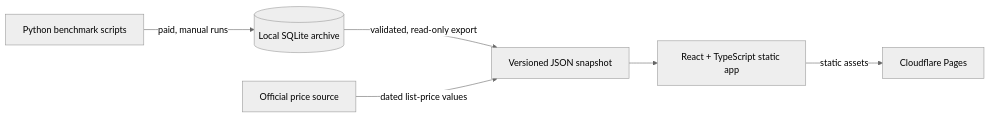
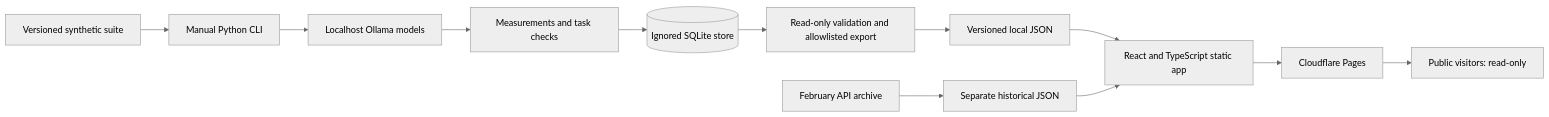
The diagram in README.md (QinnniQ/infernomics), drawn with Mermaid (neutral theme) before and after one commit. The commit also changed other lines of this file and 9 other files, not shown here.

````diff
--- a/README.md
+++ b/README.md
@@ -26,8 +29,14 @@
 ```mermaid
 flowchart LR
-  P[Python benchmark scripts] -->|paid, manual runs| O[(Local SQLite archive)]
-  O -->|validated, read-only export| J[Versioned JSON snapshot]
-  J --> R[React + TypeScript static app]
-  R -->|static assets| C[Cloudflare Pages]
-  S[Official price source] -->|dated list-price values| J
+  D[Versioned synthetic suite] --> C[Manual Python CLI]
+  C --> O[Localhost Ollama models]
+  O --> M[Measurements and task checks]
+  M --> S[(Ignored SQLite store)]
+  S --> V[Read-only validation and allowlisted export]
+  V --> J[Versioned local JSON]
+  A[February API archive] --> H[Separate historical JSON]
+  J --> R[React and TypeScript static app]
+  H --> R
+  R --> P[Cloudflare Pages]
+  P --> U[Public visitors: read-only]
 ```
````
